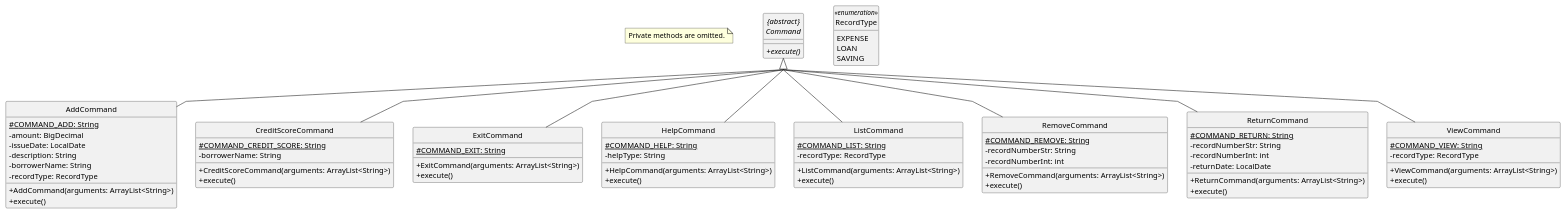
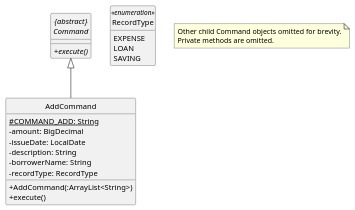
Before and after one commit to nus-cs2113-AY2021S2/tp: the diagram in docs/diagrams/CommandClassDiagram.puml, drawn with PlantUML. The commit also changed 9 other files, not shown here.

Commit message:
Update diagrams after review

```diff
--- a/docs/diagrams/CommandClassDiagram.puml
+++ b/docs/diagrams/CommandClassDiagram.puml
@@ -1,93 +1,35 @@
 @startuml
 skinparam classAttributeIconSize 0
 hide circle
 
-note "Private methods are omitted." as N1
+note "Other child Command objects omitted for brevity.\nPrivate methods are omitted." as N1
 
 abstract class "{abstract}\nCommand" as Command {
     {abstract} +execute()
 }
 
 enum RecordType <<enumeration>> {
     EXPENSE
     LOAN
     SAVING
 }
 
 class AddCommand {
     {static} #COMMAND_ADD: String
     -amount: BigDecimal
     -issueDate: LocalDate
     -description: String
     -borrowerName: String
     -recordType: RecordType
-    +AddCommand(arguments: ArrayList<String>)
-    +execute()
-}
-
-class CreditScoreCommand {
-    {static} #COMMAND_CREDIT_SCORE: String
-    -borrowerName: String
-    +CreditScoreCommand(arguments: ArrayList<String>)
-    +execute()
-}
-
-class ExitCommand {
-    {static} #COMMAND_EXIT: String
-    +ExitCommand(arguments: ArrayList<String>)
-    +execute()
-}
-
-class HelpCommand {
-    {static} #COMMAND_HELP: String
-    -helpType: String
-    +HelpCommand(arguments: ArrayList<String>)
-    +execute()
-}
-
-class ListCommand {
-    {static} #COMMAND_LIST: String
-    -recordType: RecordType
-    +ListCommand(arguments: ArrayList<String>)
-    +execute()
-}
-
-class RemoveCommand {
-    {static} #COMMAND_REMOVE: String
-    -recordNumberStr: String
-    -recordNumberInt: int
-    +RemoveCommand(arguments: ArrayList<String>)
-    +execute()
-}
-
-class ReturnCommand {
-    {static} #COMMAND_RETURN: String
-    -recordNumberStr: String
-    -recordNumberInt: int
-    -returnDate: LocalDate
-    +ReturnCommand(arguments: ArrayList<String>)
-    +execute()
-}
-
-class ViewCommand {
-    {static} #COMMAND_VIEW: String
-    -recordType: RecordType
-    +ViewCommand(arguments: ArrayList<String>)
+    +AddCommand(:ArrayList<String>)
     +execute()
 }
 
 skinparam linetype polyline
-skinparam groupInheritance 3
 
 Command <|-- AddCommand
-Command <|-- CreditScoreCommand
-Command <|-- ExitCommand
-Command <|-- HelpCommand
-Command <|-- ListCommand
-Command <|-- RemoveCommand
-Command <|-- ReturnCommand
-Command <|-- ViewCommand
 
 hide RecordType empty members
+Command -right[hidden] RecordType
 
 @enduml
```
